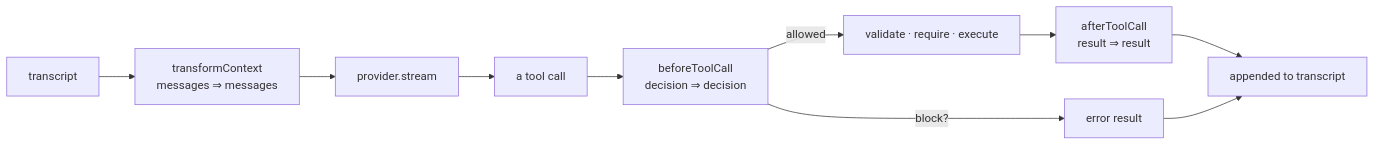
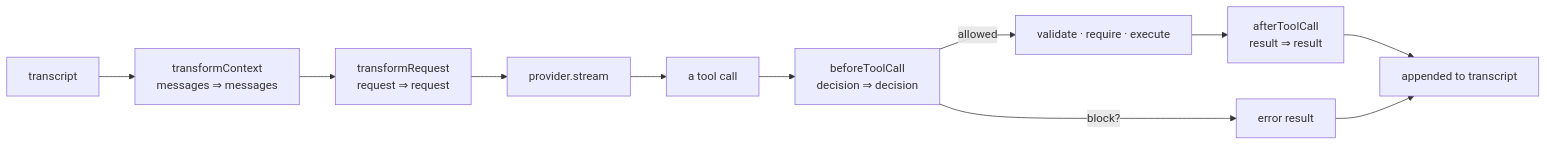
One commit to caohaotiantian/EAgent changed the second of 2 diagrams in docs/EXTENSIONS.md. Above: the diagram before and after it, drawn with Mermaid. The commit also changed other lines of this file and 5 other files, not shown here.

First line of the commit message:
docs(transform-request): close Wave 2 — reconcile filter-hook docs (three->four), closure blocks

````diff
--- a/docs/EXTENSIONS.md
+++ b/docs/EXTENSIONS.md
@@ -267,12 +267,13 @@
 ```mermaid
 flowchart LR
     M["transcript"] --> TC["transformContext<br/>messages ⇒ messages"]
-    TC --> P["provider.stream"]
+    TC --> TR["transformRequest<br/>request ⇒ request"]
+    TR --> P["provider.stream"]
     P --> TCALL["a tool call"]
     TCALL --> BT["beforeToolCall<br/>decision ⇒ decision"]
     BT -->|"block?"| X["error result"]
     BT -->|"allowed"| EX["validate · require · execute"]
     EX --> AT["afterToolCall<br/>result ⇒ result"]
     AT --> A["appended to transcript"]
     X --> A
 ```
````
